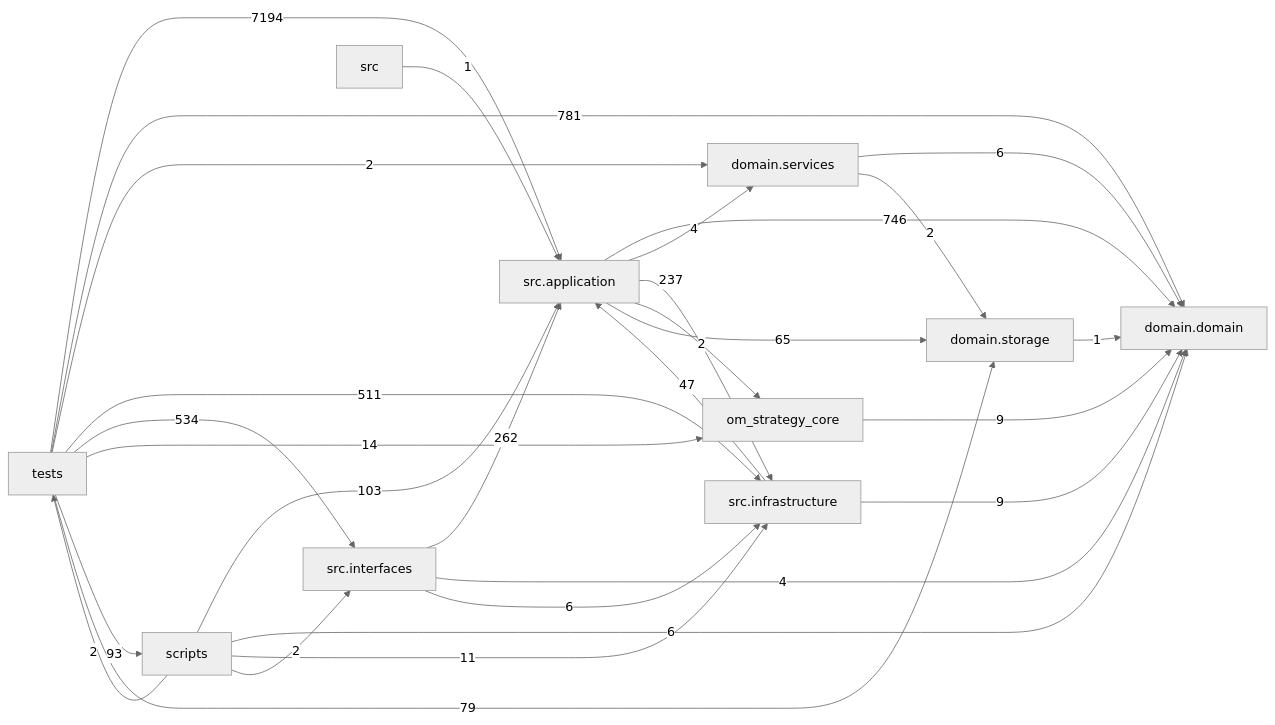
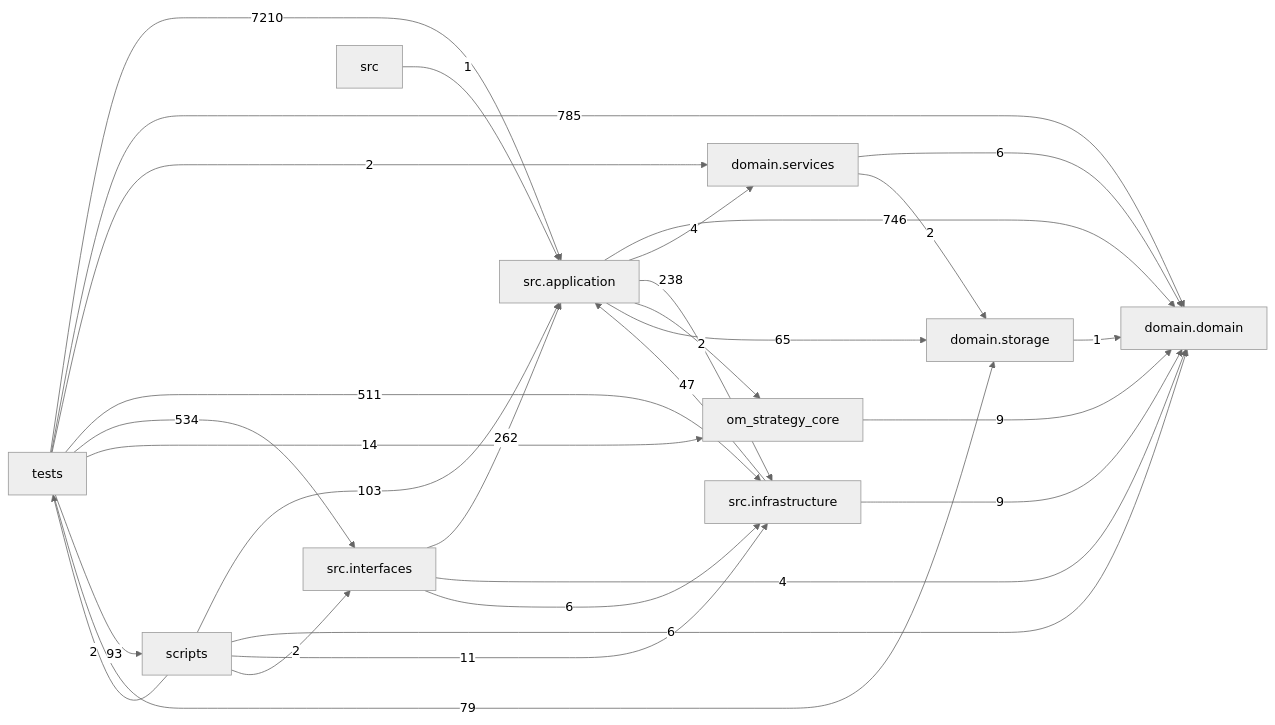
Before and after one commit to liuxie066/options-monitor: the diagram in docs/DEPENDENCY_GRAPH.md, drawn with Mermaid (neutral theme). The commit also changed other lines of this file and 43 other files, not shown here.

````diff
--- a/docs/DEPENDENCY_GRAPH.md
+++ b/docs/DEPENDENCY_GRAPH.md
@@ -24,39 +24,39 @@
 ```mermaid
 flowchart LR
   tests["tests"]
   scripts["scripts"]
   interfaces["src.interfaces"]
   application["src.application"]
   infrastructure["src.infrastructure"]
   domain_services["domain.services"]
   domain["domain.domain"]
   storage["domain.storage"]
   application -->|746| domain
   application -->|4| domain_services
-  application -->|237| infrastructure
+  application -->|238| infrastructure
   application -->|2| om_strategy_core
   application -->|65| storage
   domain_services -->|6| domain
   domain_services -->|2| storage
   infrastructure -->|47| application
   infrastructure -->|9| domain
   interfaces -->|262| application
   interfaces -->|4| domain
   interfaces -->|6| infrastructure
   om_strategy_core -->|9| domain
   scripts -->|103| application
   scripts -->|6| domain
   scripts -->|11| infrastructure
   scripts -->|2| interfaces
   scripts -->|2| tests
   src -->|1| application
   storage -->|1| domain
-  tests -->|7194| application
-  tests -->|781| domain
+  tests -->|7210| application
+  tests -->|785| domain
   tests -->|2| domain_services
   tests -->|511| infrastructure
   tests -->|534| interfaces
   tests -->|14| om_strategy_core
   tests -->|93| scripts
   tests -->|79| storage
 ```
````
